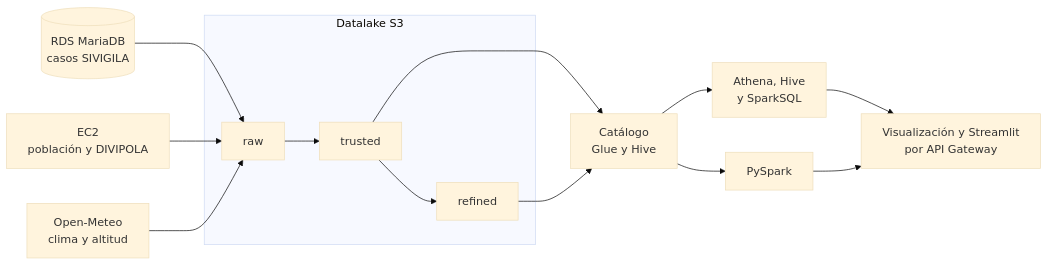
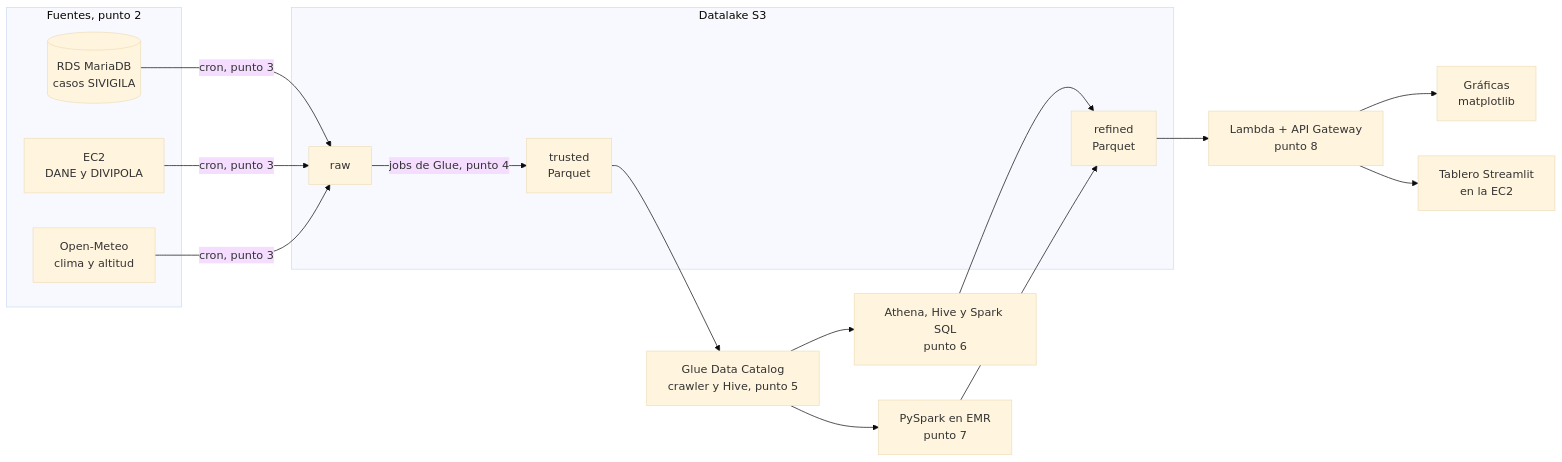
One commit to CSM-Coders/BigData changed the diagram in README.md. Above: the diagram before and after it, drawn with Mermaid (base theme). The commit also changed other lines of this file, not shown here.

````diff
--- a/README.md
+++ b/README.md
@@ -18,15 +34,25 @@
 ```mermaid
 flowchart LR
-    RDS[(RDS MariaDB<br/>casos SIVIGILA)] --> RAW
-    EC2[EC2<br/>población y DIVIPOLA] --> RAW
-    API[Open-Meteo<br/>clima y altitud] --> RAW
+    subgraph FUENTES[Fuentes, punto 2]
+        RDS[(RDS MariaDB<br/>casos SIVIGILA)]
+        EC2[EC2<br/>DANE y DIVIPOLA]
+        OM[Open-Meteo<br/>clima y altitud]
+    end
     subgraph S3[Datalake S3]
-        RAW[raw] --> TRUSTED[trusted] --> REFINED[refined]
+        RAW[raw]
+        TRUSTED[trusted<br/>Parquet]
+        REFINED[refined<br/>Parquet]
     end
-    TRUSTED --> CAT[Catálogo<br/>Glue y Hive]
-    REFINED --> CAT
-    CAT --> SQL[Athena, Hive<br/>y SparkSQL]
-    CAT --> SPARK[PySpark]
-    SQL --> APP[Visualización y Streamlit<br/>por API Gateway]
-    SPARK --> APP
+    RDS -->|cron, punto 3| RAW
+    EC2 -->|cron, punto 3| RAW
+    OM -->|cron, punto 3| RAW
+    RAW -->|jobs de Glue, punto 4| TRUSTED
+    TRUSTED --> CAT[Glue Data Catalog<br/>crawler y Hive, punto 5]
+    CAT --> SQL[Athena, Hive y Spark SQL<br/>punto 6]
+    CAT --> PYS[PySpark en EMR<br/>punto 7]
+    SQL --> REFINED
+    PYS --> REFINED
+    REFINED --> API[Lambda + API Gateway<br/>punto 8]
+    API --> GRAF[Gráficas<br/>matplotlib]
+    API --> APP[Tablero Streamlit<br/>en la EC2]
 ```
````
